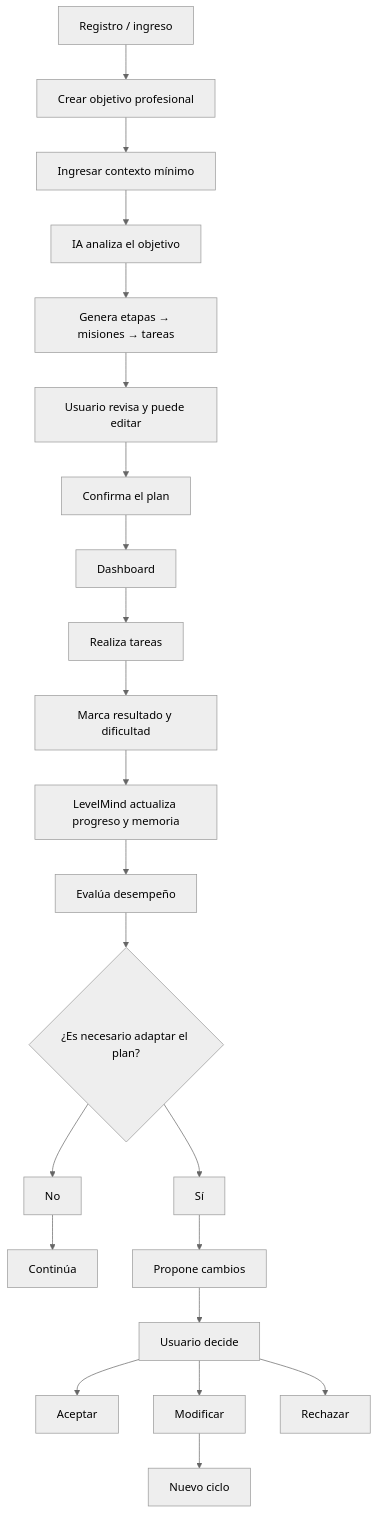
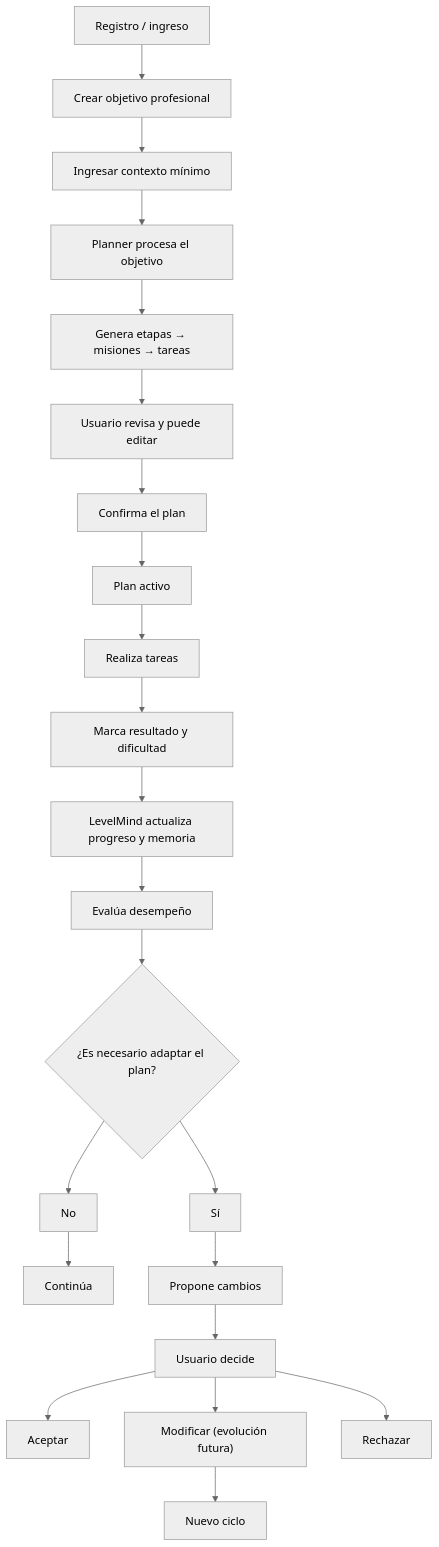
Before and after one commit to maxalonsox/levelmind: the diagram in docs/mvp.md, drawn with Mermaid (neutral theme). The commit also changed other lines of this file and 3 other files, not shown here.

````diff
--- a/docs/mvp.md
+++ b/docs/mvp.md
@@ -140,24 +148,24 @@
 ```mermaid
 flowchart TD
     registro["Registro / ingreso"] --> crear["Crear objetivo profesional"]
     crear --> contexto["Ingresar contexto mínimo"]
-    contexto --> analizar["IA analiza el objetivo"]
+    contexto --> analizar["Planner procesa el objetivo"]
     analizar --> generar["Genera etapas → misiones → tareas"]
     generar --> revisar["Usuario revisa y puede editar"]
     revisar --> confirmar["Confirma el plan"]
-    confirmar --> dashboard["Dashboard"]
-    dashboard --> realizar["Realiza tareas"]
+    confirmar --> plan["Plan activo"]
+    plan --> realizar["Realiza tareas"]
     realizar --> resultado["Marca resultado y dificultad"]
     resultado --> progreso["LevelMind actualiza progreso y memoria"]
     progreso --> evaluar["Evalúa desempeño"]
     evaluar --> adaptar{"¿Es necesario adaptar el plan?"}
     adaptar --> no["No"]
     adaptar --> si["Sí"]
     no --> continuar["Continúa"]
     si --> proponer["Propone cambios"]
     proponer --> decidir["Usuario decide"]
     decidir --> aceptar["Aceptar"]
-    decidir --> modificar["Modificar"]
+    decidir --> modificar["Modificar (evolución futura)"]
     decidir --> rechazar["Rechazar"]
     modificar --> ciclo["Nuevo ciclo"]
 ```
````
